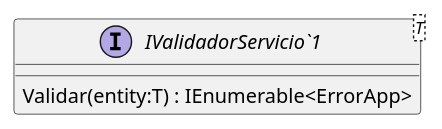
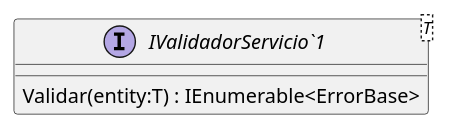
Before and after one commit to wkrea/BlogPost-appdemo: the diagram in BackEnd/App.Core/Servicios/Validadores/IValidadorServicio.puml, drawn with PlantUML. The commit also changed 23 other files, not shown here.

```diff
--- a/BackEnd/App.Core/Servicios/Validadores/IValidadorServicio.puml
+++ b/BackEnd/App.Core/Servicios/Validadores/IValidadorServicio.puml
@@ -1,5 +1,5 @@
 @startuml
 interface "IValidadorServicio`1"<T> {
-    Validar(entity:T) : IEnumerable<ErrorApp>
+    Validar(entity:T) : IEnumerable<ErrorBase>
 }
 @enduml
```
